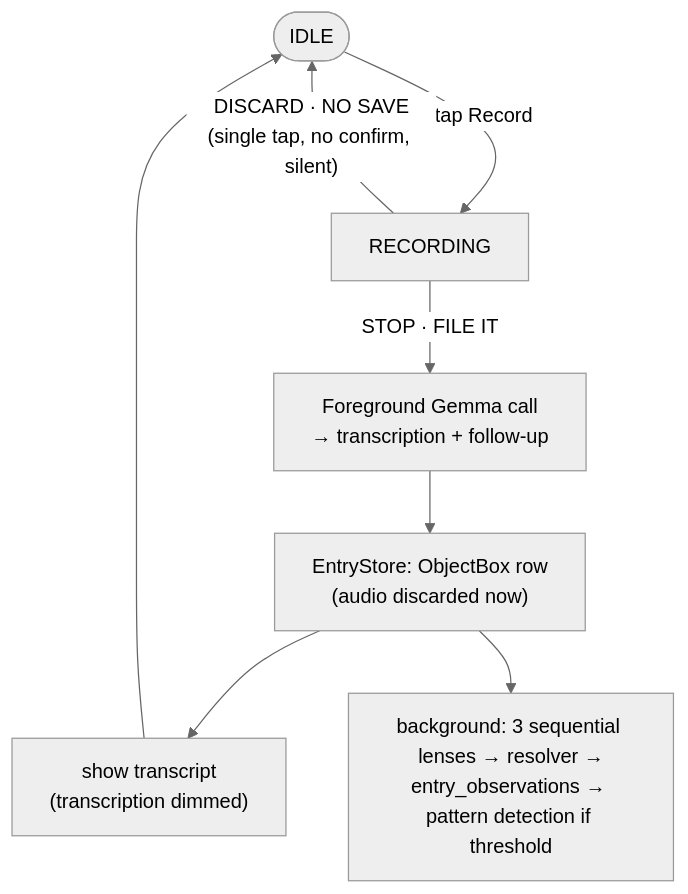
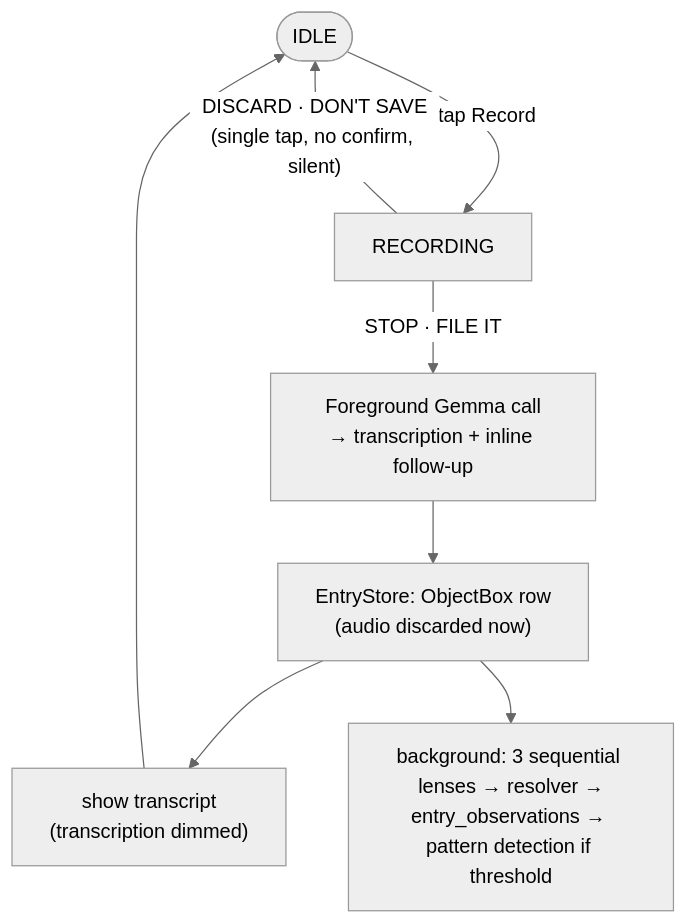
The second of 6 diagrams in docs/diagrams/user-flows.md (anchildress1/vestige), drawn with Mermaid (neutral theme) before and after one commit. The commit also changed other lines of this file and 19 other files, not shown here.

First line of the commit message:
docs: align diagram atlas, stories, README & spec docs to implementation (#62)

````diff
--- a/docs/diagrams/user-flows.md
+++ b/docs/diagrams/user-flows.md
@@ -33,13 +35,13 @@
 ```mermaid
 flowchart TD
     accTitle: Voice capture flow
-    accDescr: Tap record to enter RECORDING. Discard during recording ends silently with no entry. Stop and file it triggers the foreground Gemma call returning transcription and one follow-up, persists an ObjectBox row, then runs the background three-lens extraction, convergence, observations, and pattern detection.
+    accDescr: Tap record to enter RECORDING. Discard during recording ends silently with no entry. Stop and file it triggers the foreground Gemma call returning transcription and one inline follow-up, persists an ObjectBox row, then runs the detached background three-lens extraction, convergence, observations, and periodic pattern detection.
 
     IDLE(["IDLE"]) -- "tap Record" --> REC["RECORDING"]
-    REC -- "DISCARD · NO SAVE<br/>(single tap, no confirm, silent)" --> IDLE
-    REC -- "STOP · FILE IT" --> FG["Foreground Gemma call<br/>→ transcription + follow-up"]
+    REC -- "DISCARD · DON'T SAVE<br/>(single tap, no confirm, silent)" --> IDLE
+    REC -- "STOP · FILE IT" --> FG["Foreground Gemma call<br/>→ transcription + inline follow-up"]
     FG --> PERSIST["EntryStore: ObjectBox row<br/>(audio discarded now)"]
     PERSIST --> SHOW["show transcript<br/>(transcription dimmed)"]
     PERSIST --> BG["background: 3 sequential lenses → resolver →<br/>entry_observations → pattern detection if threshold"]
     SHOW --> IDLE
 ```
````
